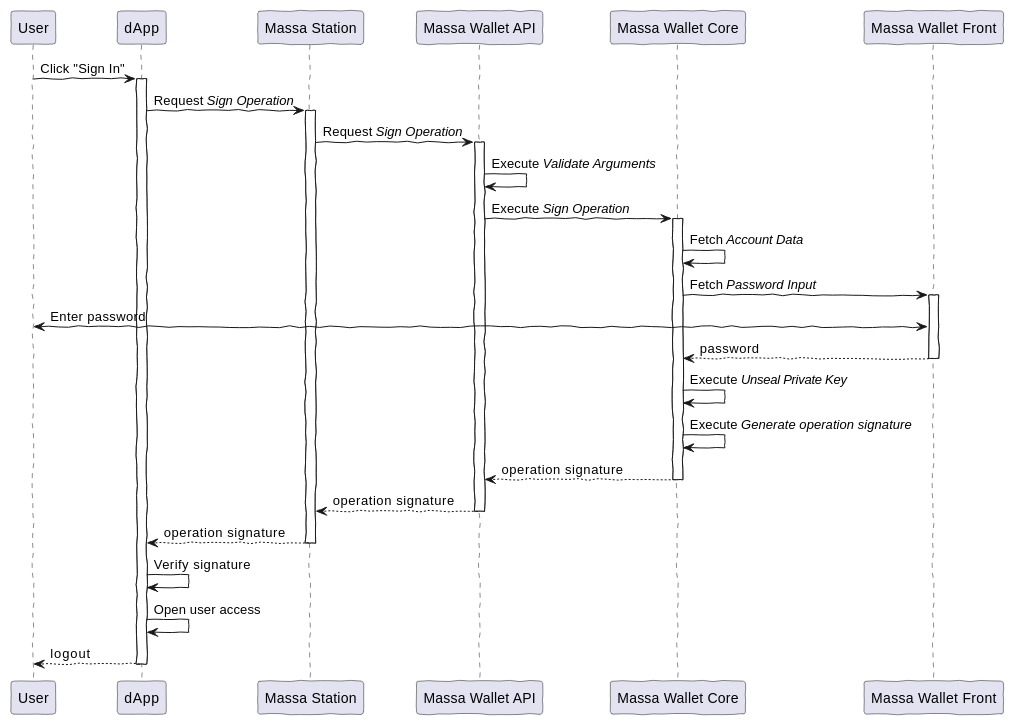
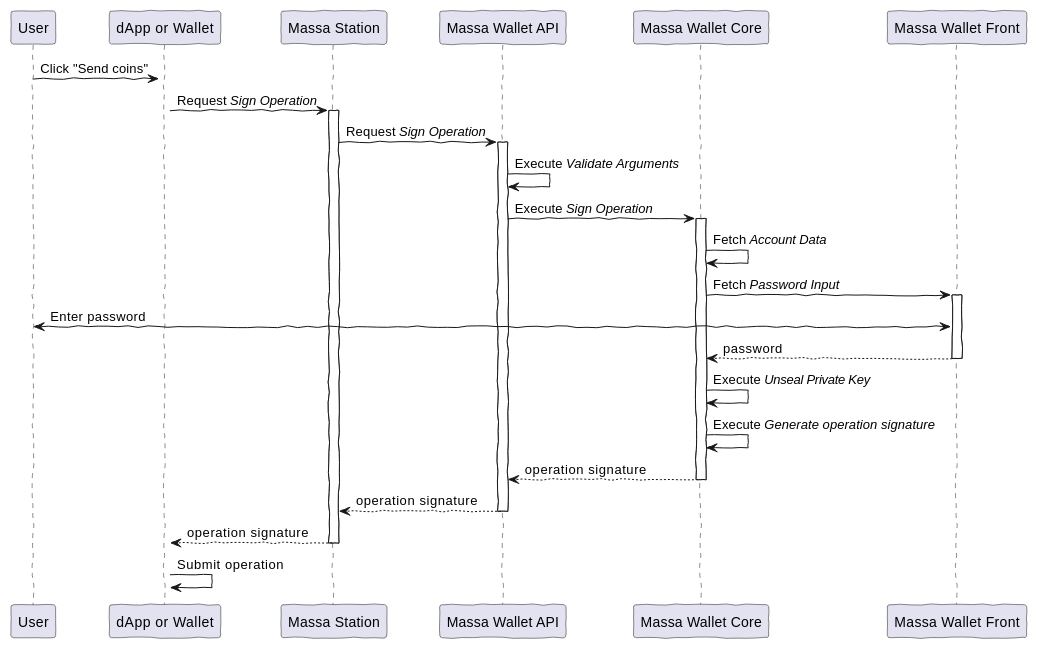
Before and after one commit to massalabs/station-massa-wallet: the second of 4 diagrams in documentation/wallet.adoc, drawn with PlantUML. The commit also changed other lines of this file, not shown here.

```diff
--- a/documentation/wallet.adoc
+++ b/documentation/wallet.adoc
@@ -212,31 +208,29 @@
 [plantuml, format="svg", id="sign-operation", width="100%", role="center-image", options="interactive"]
 ----
 @startuml
 skinparam handwritten true
 
 participant "User" as user
-participant "dApp" as dapp
+participant "dApp or Wallet" as dapp
 participant "Massa Station" as station
 participant "Massa Wallet API" as wallet_api
 participant "Massa Wallet Core" as wallet_core
-participant "Massa Wallet Front" as wallet_front
+participant "Massa Wallet Front" as wallet_embedded_front
 
-user -> dapp ++ : Click "Sign In"
+user -> dapp ++ : Click "Send coins"
     dapp -> station ++: Request //Sign Operation//
         station -> wallet_api ++: Request //Sign Operation//
         wallet_api -> wallet_api: Execute //Validate Arguments//
             wallet_api -> wallet_core ++: Execute //Sign Operation//
             wallet_core -> wallet_core: Fetch //Account Data//
-                wallet_core -> wallet_front ++: Fetch //Password Input//
-                wallet_front <-> user: Enter password
+                wallet_core -> wallet_embedded_front ++: Fetch //Password Input//
+                wallet_embedded_front <-> user: Enter password
                 return password
             wallet_core -> wallet_core: Execute //Unseal Private Key//
             wallet_core -> wallet_core: Execute //Generate operation signature//
             return operation signature
         return operation signature
     return operation signature
-dapp -> dapp: Verify signature
-dapp -> dapp: Open user access
-return logout
+    dapp -> dapp: Submit operation
 @enduml
 ----
```
